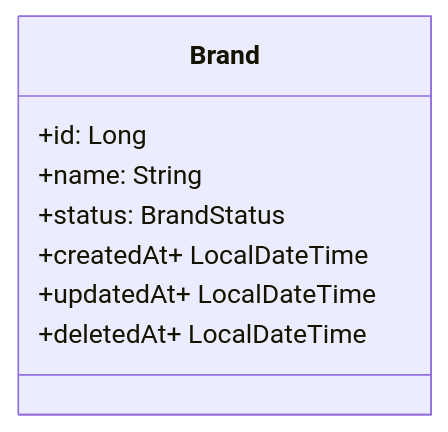
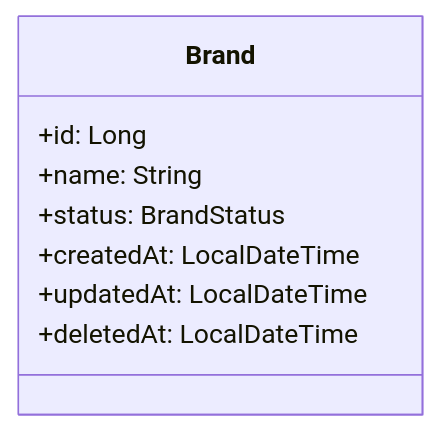
One commit to djawnstj/loopers-ecommerce changed the first of 4 diagrams in docs/design/03-class-diagrams.md. Above: the diagram before and after it, drawn with Mermaid. The commit also changed other lines of this file, not shown here.

Commit message:
docs: 클래스 다이어그램 오타 수정

````diff
--- a/docs/design/03-class-diagrams.md
+++ b/docs/design/03-class-diagrams.md
@@ -1,11 +1,11 @@
 ```mermaid
 classDiagram
     class Brand {
         +id: Long
         +name: String
         +status: BrandStatus
-        +createdAt+ LocalDateTime
-        +updatedAt+ LocalDateTime
-        +deletedAt+ LocalDateTime
+        +createdAt: LocalDateTime
+        +updatedAt: LocalDateTime
+        +deletedAt: LocalDateTime
     }
 ```
````
